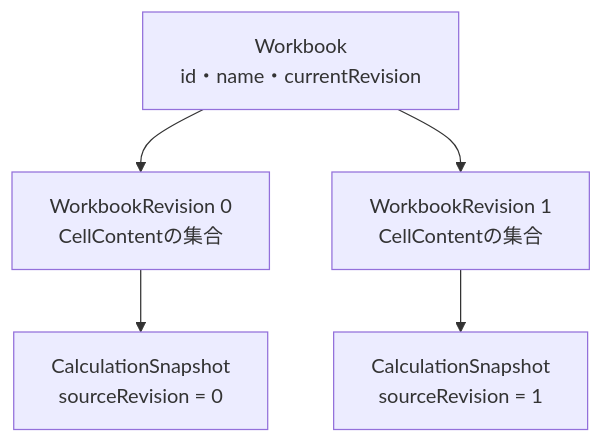
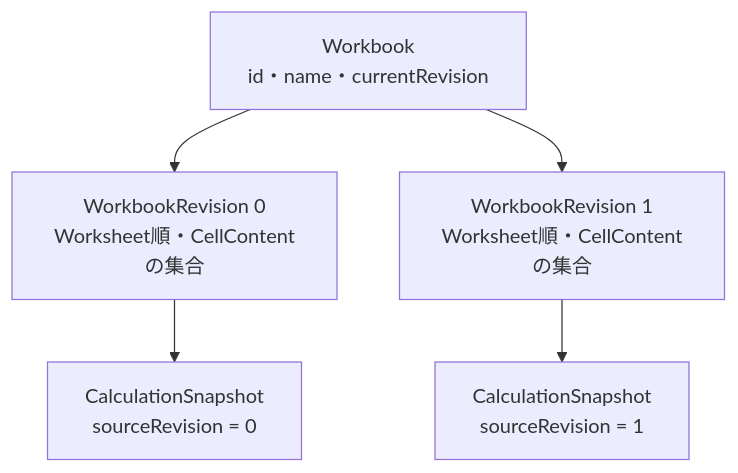
The diagram in docs/learning/01-source-state-and-revision.md (ryofuu/my-excel-app), drawn with Mermaid before and after one commit. The commit also changed other lines of this file and 22 other files, not shown here.

````diff
--- a/docs/learning/01-source-state-and-revision.md
+++ b/docs/learning/01-source-state-and-revision.md
@@ -70,13 +70,13 @@
 ```mermaid
 flowchart TB
   Workbook["Workbook<br/>id・name・currentRevision"]
-  Revision0["WorkbookRevision 0<br/>CellContentの集合"]
-  Revision1["WorkbookRevision 1<br/>CellContentの集合"]
+  Revision0["WorkbookRevision 0<br/>Worksheet順・CellContentの集合"]
+  Revision1["WorkbookRevision 1<br/>Worksheet順・CellContentの集合"]
   Snapshot0["CalculationSnapshot<br/>sourceRevision = 0"]
   Snapshot1["CalculationSnapshot<br/>sourceRevision = 1"]
 
   Workbook --> Revision0
   Workbook --> Revision1
   Revision0 --> Snapshot0
   Revision1 --> Snapshot1
 ```
````
